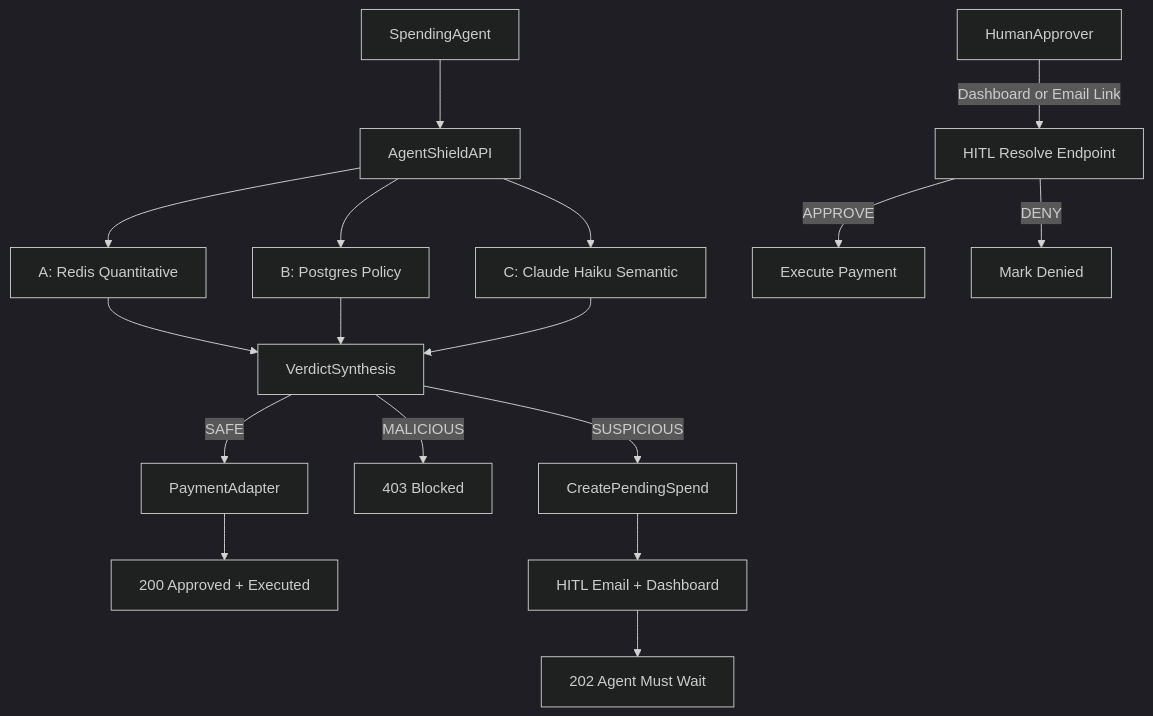
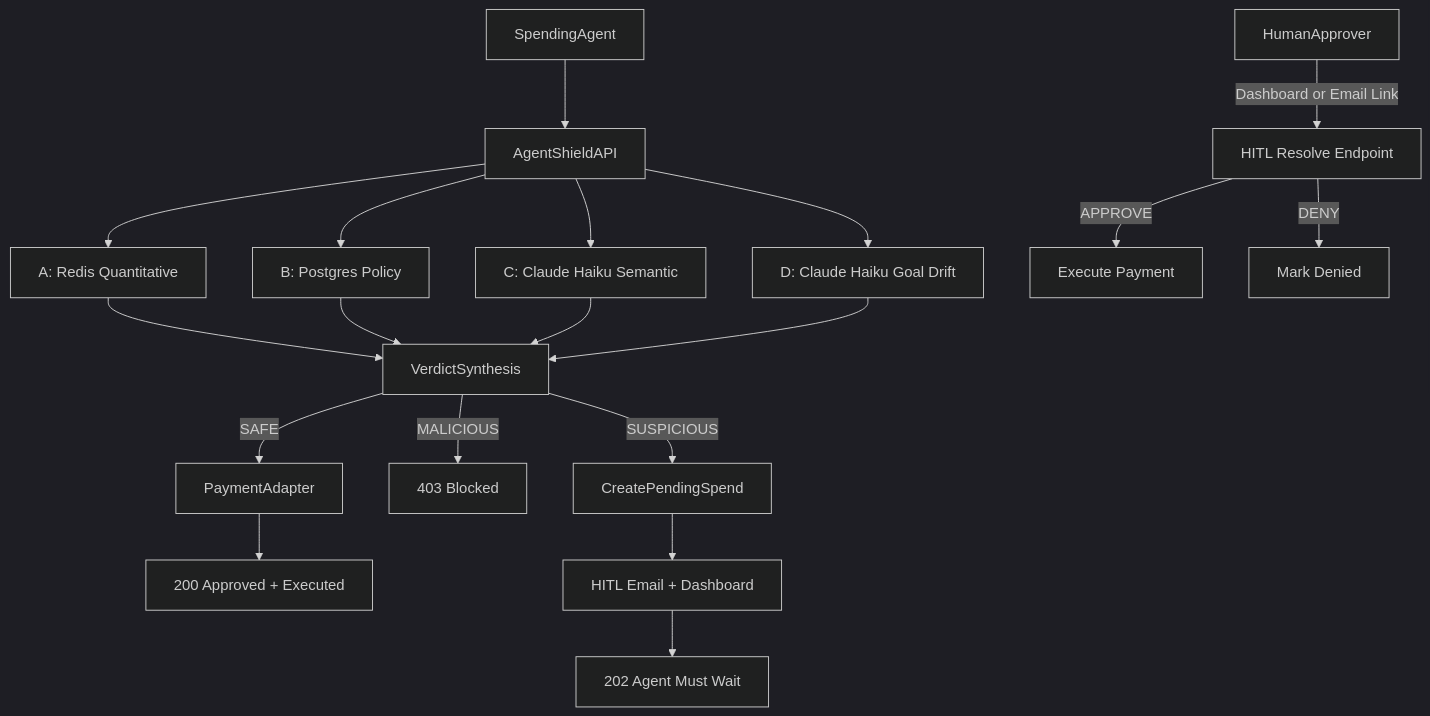
The diagram in README.md (lucarizzo03/AgentShieldv2), drawn with Mermaid (dark theme) before and after one commit. The commit also changed other lines of this file and 22 other files, not shown here.

````diff
--- a/README.md
+++ b/README.md
@@ -25,19 +26,21 @@
 ```mermaid
 flowchart TD
     agent[SpendingAgent] --> firewall[AgentShieldAPI]
     firewall --> checkA[A: Redis Quantitative]
     firewall --> checkB[B: Postgres Policy]
     firewall --> checkC[C: Claude Haiku Semantic]
+    firewall --> checkD[D: Claude Haiku Goal Drift]
     checkA --> synth[VerdictSynthesis]
     checkB --> synth
     checkC --> synth
+    checkD --> synth
     synth -->|SAFE| pay[PaymentAdapter]
     pay --> ok200[200 Approved + Executed]
     synth -->|MALICIOUS| deny403[403 Blocked]
     synth -->|SUSPICIOUS| pending[CreatePendingSpend]
     pending --> email[HITL Email + Dashboard]
     email --> resp202[202 Agent Must Wait]
     human[HumanApprover] -->|Dashboard or Email Link| resolve[HITL Resolve Endpoint]
     resolve -->|APPROVE| pay2[Execute Payment]
     resolve -->|DENY| denyHuman[Mark Denied]
 ```
````
